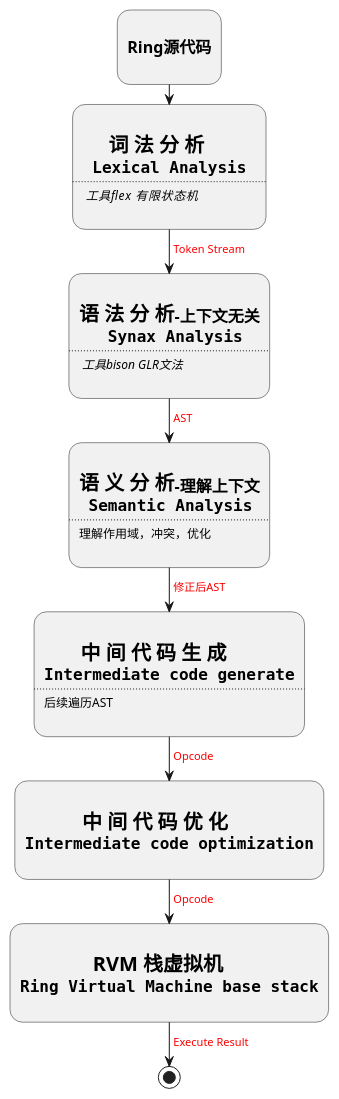
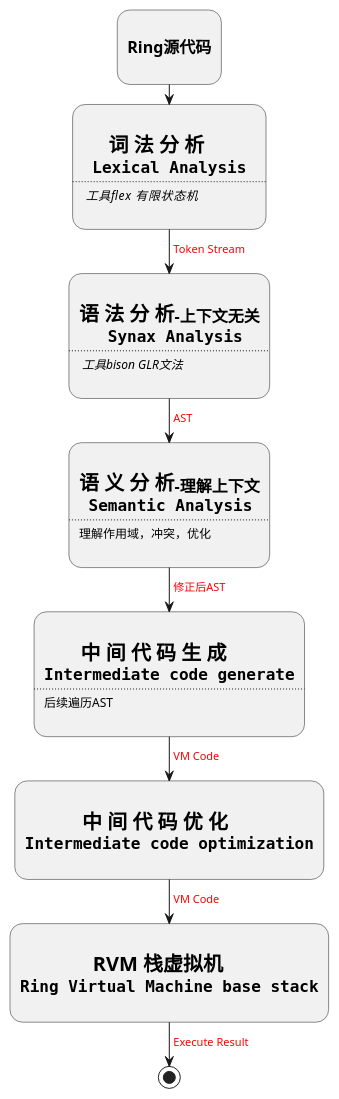
Before and after one commit to GeneralSandman/Ring: the diagram in ring.wiki/markdown/Ring编译器设计/Ring设计思想.md, drawn with PlantUML. The commit also changed other lines of this file and 20 other files, not shown here.

````diff
--- a/ring.wiki/markdown/Ring编译器设计/Ring设计思想.md
+++ b/ring.wiki/markdown/Ring编译器设计/Ring设计思想.md
@@ -6,64 +6,64 @@
 ```plantuml
 @startuml
 
 
 :
 = Ring源代码
 ;
 
 
 :
 = **     词 法 分 析 **
 == "" Lexical Analysis ""
 ....
 // 工具flex   有限状态机//
 ;
 -> <color:red>Token Stream;
 
 
 :
 = **语 法 分 析**-上下文无关
 == ""   Synax Analysis ""
 ....
 // 工具bison GLR文法 //
 ;
 -> <color:red>AST;
 
 
 :
 = **语 义 分 析**-理解上下文
 == "" Semantic Analysis""
 ....
 理解作用域，冲突，优化
 ;
 -> <color:red>修正后AST;
 
 
 :
 =  **       中 间 代 码 生 成**
 == ""Intermediate code generate""
 ....
 后续遍历AST
 ;
--> <color:red>Opcode;
+-> <color:red>VM Code;
 
 
 :
 = **           中 间 代 码 优 化**
 == ""Intermediate code optimization""
 ;
--> <color:red>Opcode;
+-> <color:red>VM Code;
 
 
 :
 = **              RVM 栈虚拟机**
 == ""Ring Virtual Machine base stack""
 ;
 -> <color:red>Execute Result;
 
 
 stop
 
 
 @enduml
 ```
````
